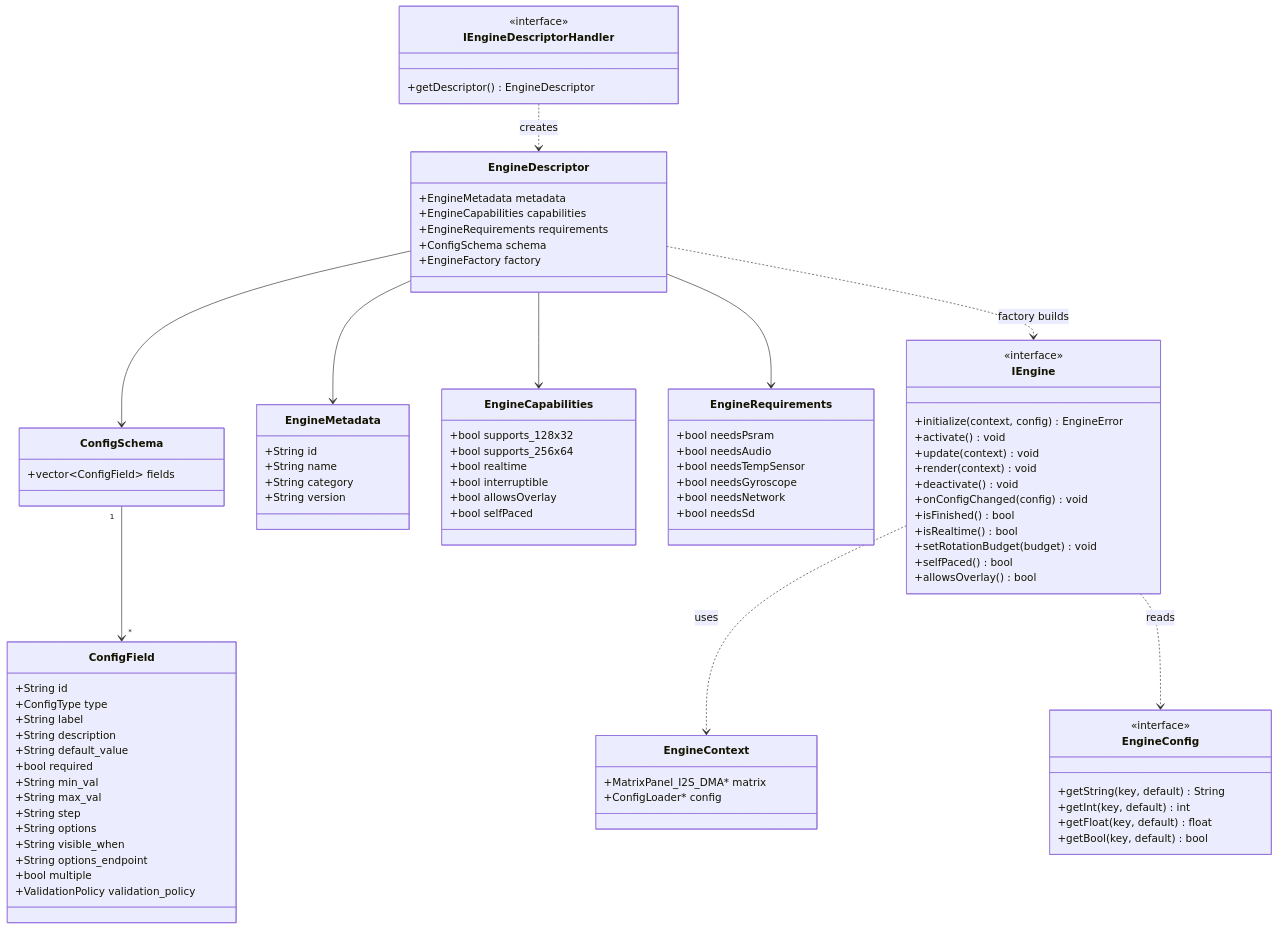
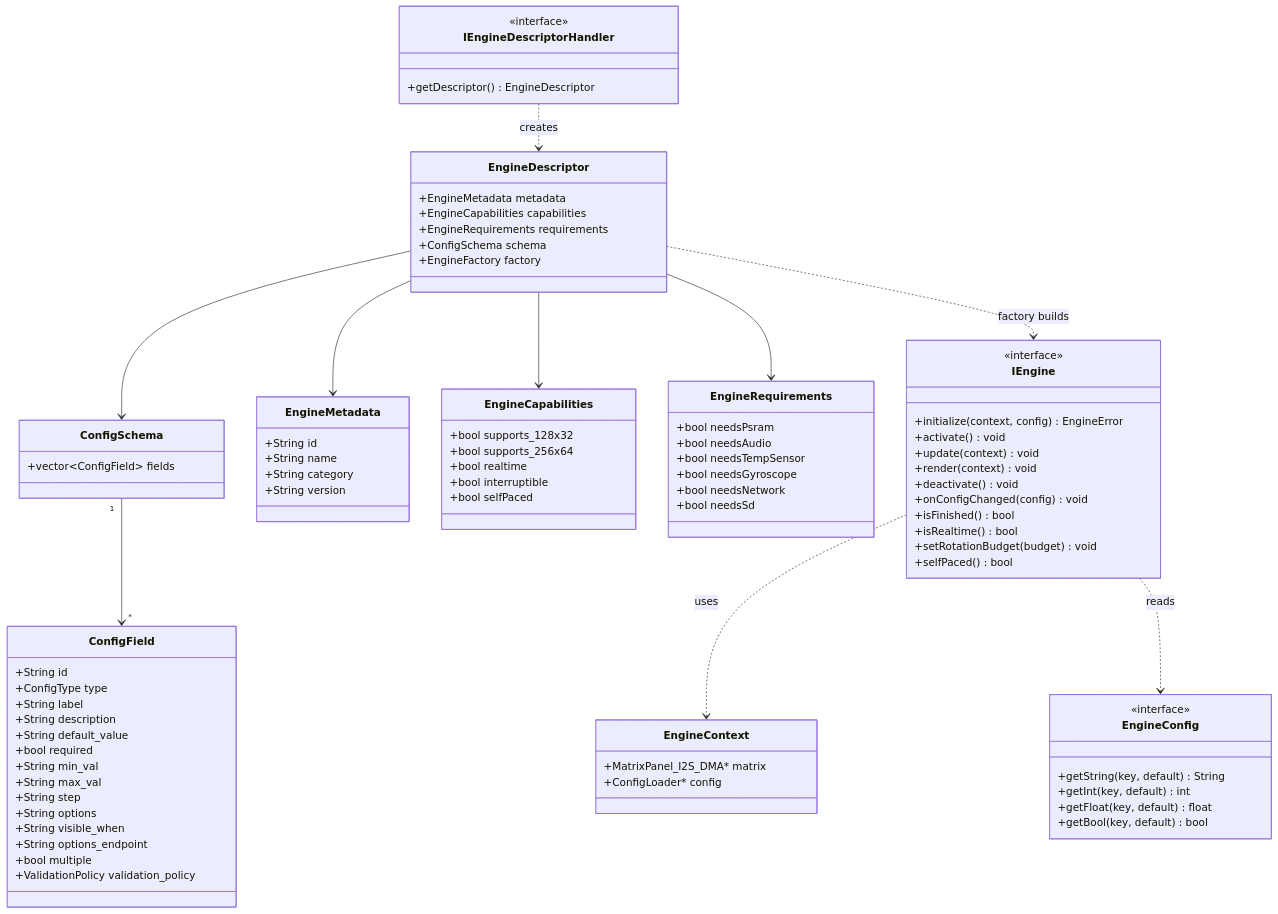
The second of 6 diagrams in docs/ARCHITECTURE.md (red77290/ArcadeMatrix), drawn with Mermaid before and after one commit. The commit also changed other lines of this file and 36 other files, not shown here.

First line of the commit message:
refactor(core): implement polymorphic engine interface and transverse overlay architecture

```diff
--- a/docs/ARCHITECTURE.md
+++ b/docs/ARCHITECTURE.md
@@ -98,7 +98,6 @@
         +isRealtime() bool
         +setRotationBudget(budget) void
         +selfPaced() bool
-        +allowsOverlay() bool
     }
 
     class EngineDescriptor {
@@ -121,7 +120,6 @@
         +bool supports_256x64
         +bool realtime
         +bool interruptible
-        +bool allowsOverlay
         +bool selfPaced
     }
 
```
